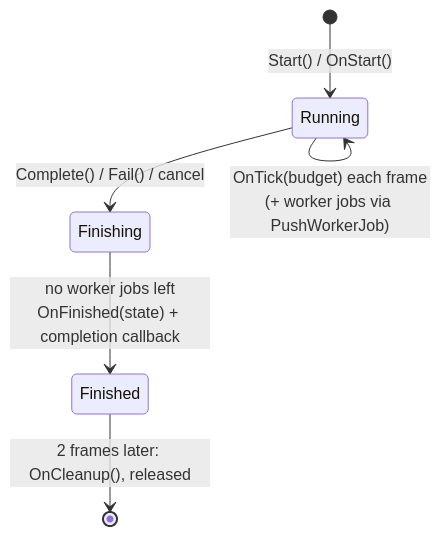
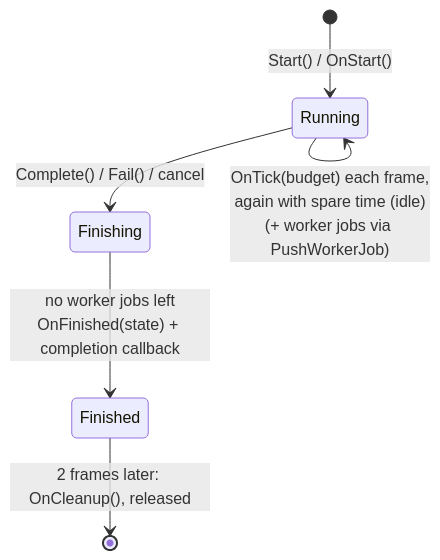
The second of 3 diagrams in Docs/Generated/Engine/05-AssetPipeline/Asset-Import-Runtime.md (b1nary0/RZE), drawn with Mermaid before and after one commit. The commit also changed other lines of this file and 16 other files, not shown here.

````diff
--- a/Docs/Generated/Engine/05-AssetPipeline/Asset-Import-Runtime.md
+++ b/Docs/Generated/Engine/05-AssetPipeline/Asset-Import-Runtime.md
@@ -79,9 +79,9 @@
 ```mermaid
 %%{init: {'flowchart': {'subGraphTitleMargin': {'top': 6, 'bottom': 10}}, 'themeCSS': '.labelBkg, .edgeLabel { background-color: var(--background-primary) !important; } .messageText, .labelText, .loopText { paint-order: stroke; stroke: var(--background-primary); stroke-width: 5px; stroke-linejoin: round; }'}}%%
 stateDiagram-v2
     [*] --> Running: Start() / OnStart()
-    Running --> Running: OnTick(budget) each frame<br/>(+ worker jobs via PushWorkerJob)
+    Running --> Running: OnTick(budget) each frame,<br/>again with spare time (idle)<br/>(+ worker jobs via PushWorkerJob)
     Running --> Finishing: Complete() / Fail() / cancel
     Finishing --> Finished: no worker jobs left<br/>OnFinished(state) + completion callback
     Finished --> [*]: 2 frames later: OnCleanup(), released
 ```
````
